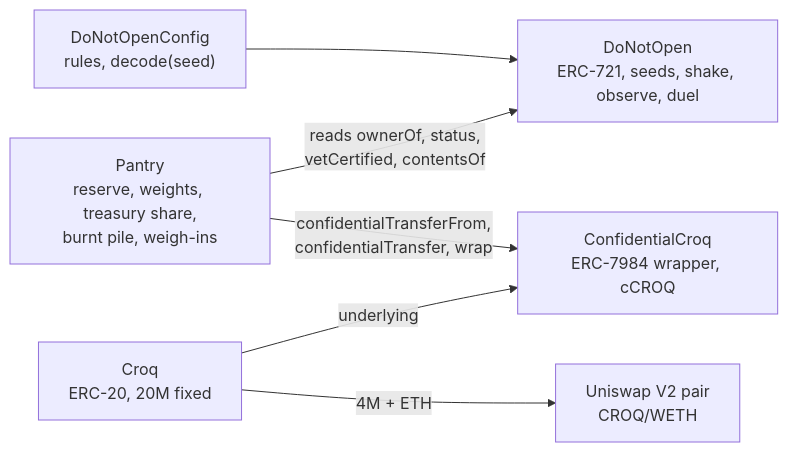
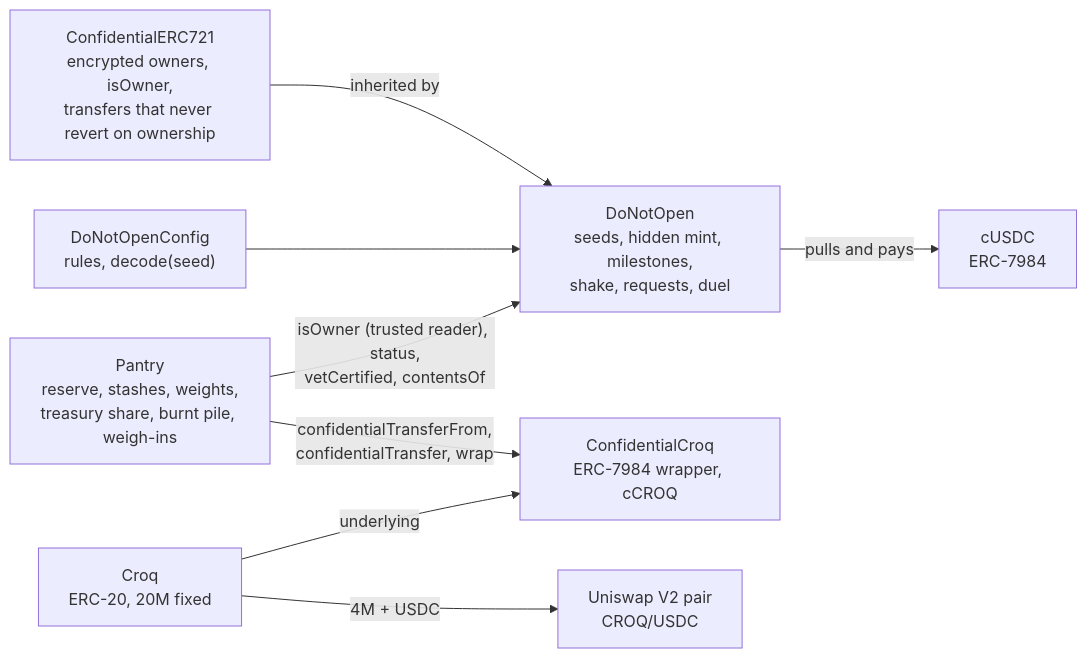
One commit to jecombe/do_not_open changed the third of 6 diagrams in docs/ARCHITECTURE.md. Above: the diagram before and after it, drawn with Mermaid. The commit also changed other lines of this file and 25 other files, not shown here.

First line of the commit message:
Deploy the hidden-owner contracts on Sepolia, and bring the docs along

````diff
--- a/docs/ARCHITECTURE.md
+++ b/docs/ARCHITECTURE.md
@@ -66,8 +66,10 @@
 ```mermaid
 flowchart LR
-  cfg["DoNotOpenConfig<br/>rules, decode(seed)"] --> dno["DoNotOpen<br/>ERC-721, seeds, shake, observe, duel"]
+  base["ConfidentialERC721<br/>encrypted owners, isOwner,<br/>transfers that never revert on ownership"] -- "inherited by" --> dno
+  cfg["DoNotOpenConfig<br/>rules, decode(seed)"] --> dno["DoNotOpen<br/>seeds, hidden mint, milestones,<br/>shake, requests, duel"]
+  dno -- "pulls and pays" --> cusdc["cUSDC<br/>ERC-7984"]
   croq["Croq<br/>ERC-20, 20M fixed"] -- "underlying" --> ccroq["ConfidentialCroq<br/>ERC-7984 wrapper, cCROQ"]
-  pantry["Pantry<br/>reserve, weights, treasury share,<br/>burnt pile, weigh-ins"] -- "reads ownerOf, status,<br/>vetCertified, contentsOf" --> dno
+  pantry["Pantry<br/>reserve, stashes, weights,<br/>treasury share, burnt pile, weigh-ins"] -- "isOwner (trusted reader), status,<br/>vetCertified, contentsOf" --> dno
   pantry -- "confidentialTransferFrom,<br/>confidentialTransfer, wrap" --> ccroq
-  croq -- "4M + ETH" --> pair["Uniswap V2 pair<br/>CROQ/WETH"]
+  croq -- "4M + USDC" --> pair["Uniswap V2 pair<br/>CROQ/USDC"]
 ```
````
